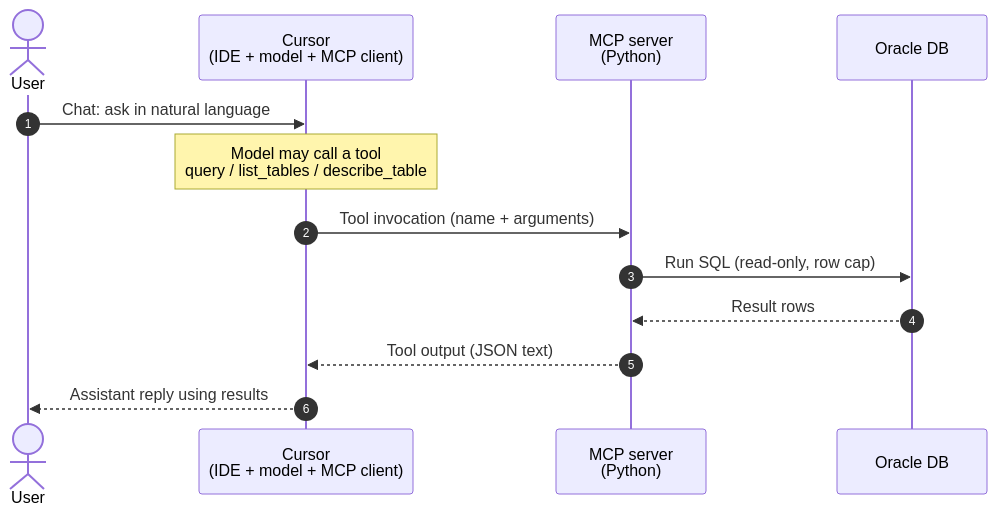
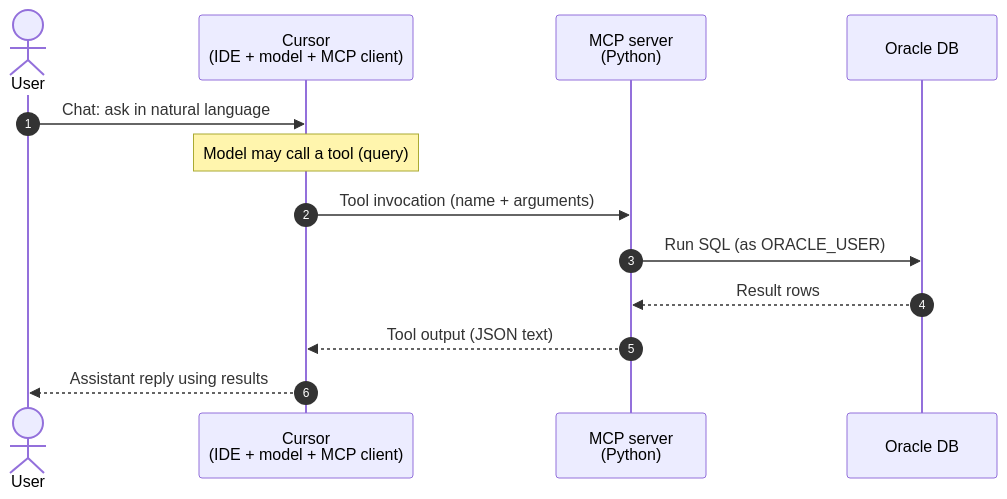
The second of 3 diagrams in README.md (Pares11804/firstmcp), drawn with Mermaid before and after one commit. The commit also changed other lines of this file and 4 other files, not shown here.

````diff
--- a/README.md
+++ b/README.md
@@ -48,16 +48,16 @@
 ```mermaid
 sequenceDiagram
   autonumber
   actor User as User
   participant Cursor as Cursor<br/>(IDE + model + MCP client)
   participant MCP as MCP server<br/>(Python)
   participant Oracle as Oracle DB
 
   User->>Cursor: Chat: ask in natural language
-  Note over Cursor: Model may call a tool<br/>query / list_tables / describe_table
+  Note over Cursor: Model may call a tool (query)
   Cursor->>MCP: Tool invocation (name + arguments)
-  MCP->>Oracle: Run SQL (read-only, row cap)
+  MCP->>Oracle: Run SQL (as ORACLE_USER)
   Oracle-->>MCP: Result rows
   MCP-->>Cursor: Tool output (JSON text)
   Cursor-->>User: Assistant reply using results
 ```
````
